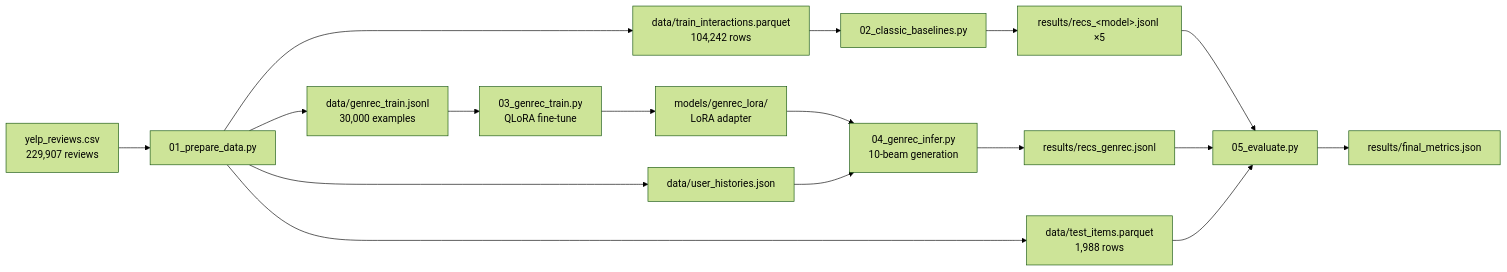
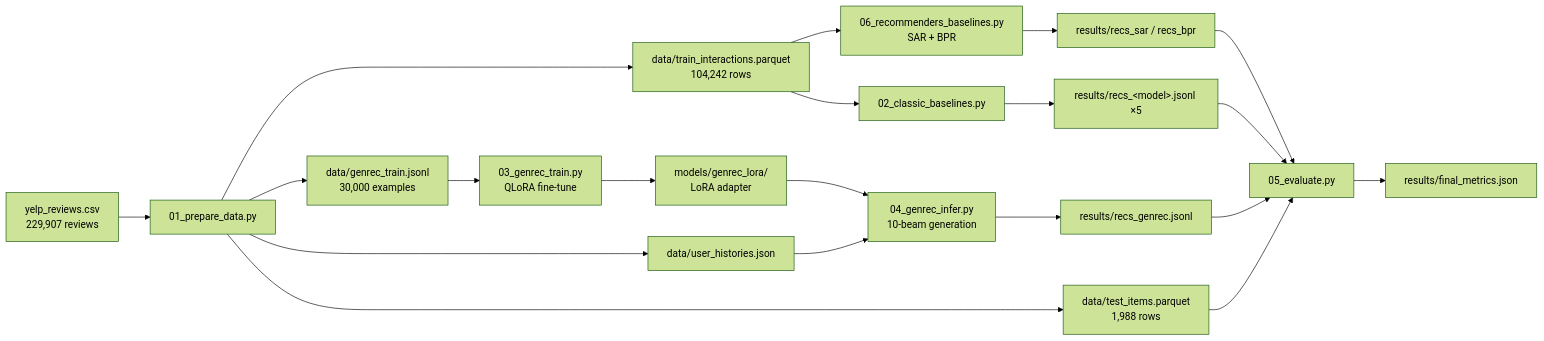
Before and after one commit to ogamircs/genrec-demo: the diagram in ARCHITECTURE.md, drawn with Mermaid (forest theme). The commit also changed other lines of this file and 10 other files, not shown here.

First line of the commit message:
Add SAR + BPR baselines (recommenders-team lib) and P/R/F1 metrics

````diff
--- a/ARCHITECTURE.md
+++ b/ARCHITECTURE.md
@@ -9,19 +9,22 @@
 ```mermaid
 flowchart LR
     CSV[yelp_reviews.csv<br/>229,907 reviews] --> P[01_prepare_data.py]
     P --> TI[data/train_interactions.parquet<br/>104,242 rows]
     P --> TE[data/test_items.parquet<br/>1,988 rows]
     P --> UH[data/user_histories.json]
     P --> GT[data/genrec_train.jsonl<br/>30,000 examples]
     TI --> CB[02_classic_baselines.py]
     CB --> RC[results/recs_&lt;model&gt;.jsonl ×5]
+    TI --> RB[06_recommenders_baselines.py<br/>SAR + BPR]
+    RB --> RC2[results/recs_sar / recs_bpr]
+    RC2 --> EV
     GT --> TR[03_genrec_train.py<br/>QLoRA fine-tune]
     TR --> AD[models/genrec_lora/<br/>LoRA adapter]
     AD --> IN[04_genrec_infer.py<br/>10-beam generation]
     UH --> IN
     IN --> RG[results/recs_genrec.jsonl]
     RC --> EV[05_evaluate.py]
     RG --> EV
     TE --> EV
     EV --> FM[results/final_metrics.json]
 ```
````
